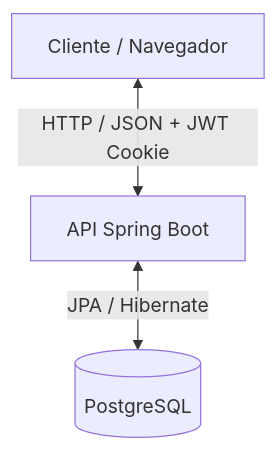
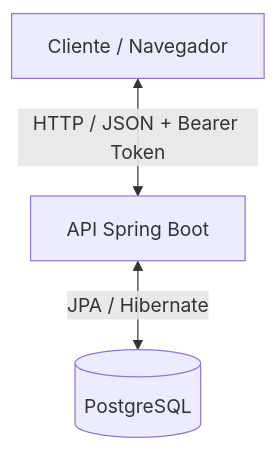
One commit to MarcioFerreiraL/sistema-barbearia changed the first of 4 diagrams in docs/architecture.md. Above: the diagram before and after it, drawn with Mermaid. The commit also changed other lines of this file and 2 other files, not shown here.

````diff
--- a/docs/architecture.md
+++ b/docs/architecture.md
@@ -15,5 +15,5 @@
 ```mermaid
 graph TD
-    Client[Cliente / Navegador] <-->|HTTP / JSON + JWT Cookie| Backend[API Spring Boot]
+    Client[Cliente / Navegador] <-->|HTTP / JSON + Bearer Token| Backend[API Spring Boot]
     Backend <-->|JPA / Hibernate| Database[(PostgreSQL)]
 ```
````
